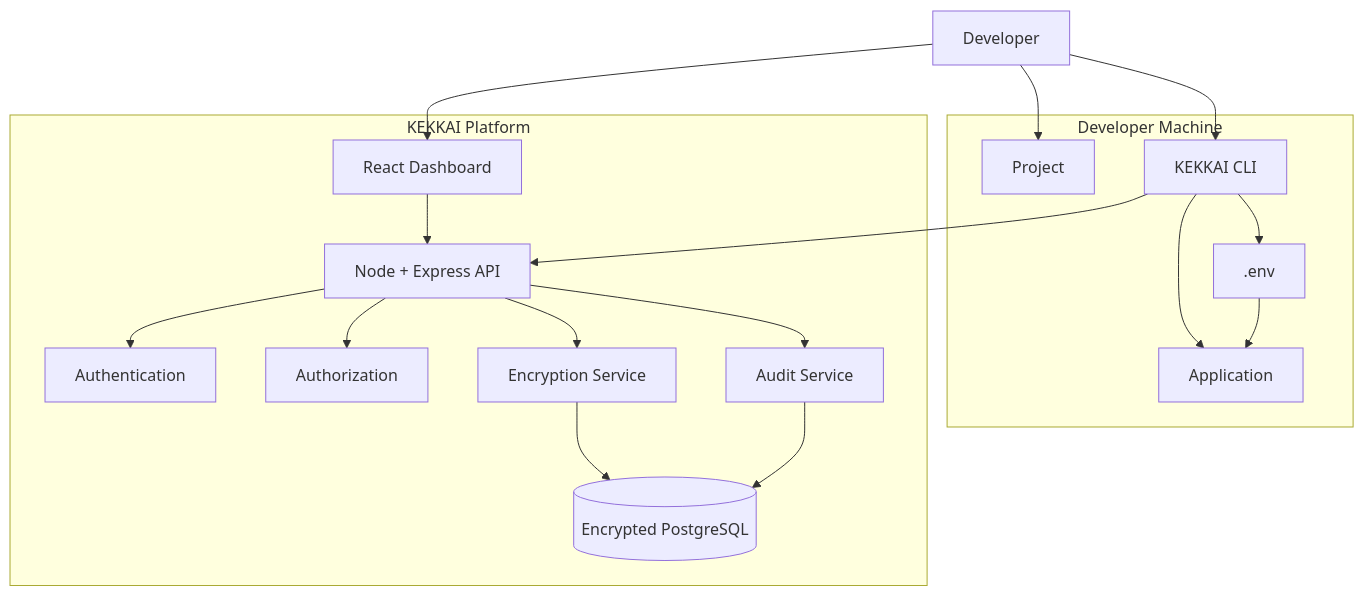
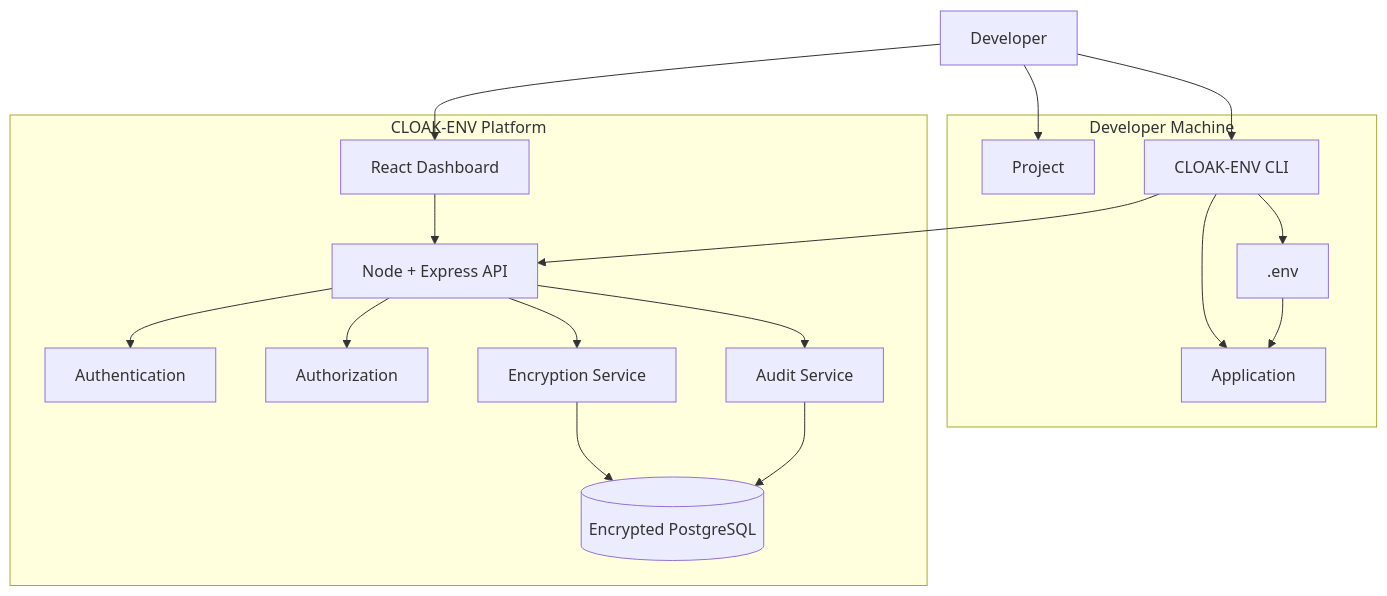
The eighth of 8 diagrams in About.md (aninda8680/Kekkai), drawn with Mermaid before and after one commit. The commit also changed other lines of this file and 45 other files, not shown here.

Commit message:
feat: initialize monorepo structure and foundational codebase for Kekkai secret management platform

````diff
--- a/About.md
+++ b/About.md
@@ -3609,42 +3609,42 @@
 ```mermaid
 flowchart TB
 
     USER[Developer]
 
     subgraph LOCAL[Developer Machine]
         PROJECT[Project]
         ENVFILE[.env]
-        CLI[KEKKAI CLI]
+        CLI[CLOAK-ENV CLI]
         APP[Application]
     end
 
-    subgraph KEKKAI[KEKKAI Platform]
+    subgraph CLOAK-ENV[CLOAK-ENV Platform]
         WEB[React Dashboard]
         API[Node + Express API]
         AUTH[Authentication]
         RBAC[Authorization]
         CRYPTO[Encryption Service]
         AUDIT[Audit Service]
         DB[(Encrypted PostgreSQL)]
     end
 
     USER --> PROJECT
     USER --> WEB
     USER --> CLI
 
     CLI --> API
     WEB --> API
 
     API --> AUTH
     API --> RBAC
     API --> CRYPTO
     API --> AUDIT
 
     CRYPTO --> DB
     AUDIT --> DB
 
     CLI --> ENVFILE
     CLI --> APP
 
     ENVFILE --> APP
 ```
````
